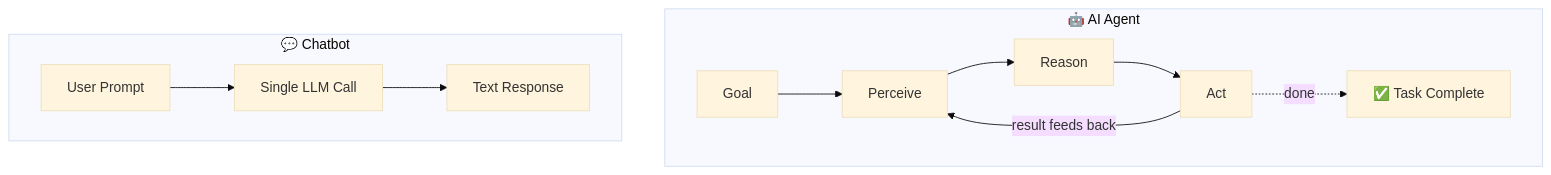
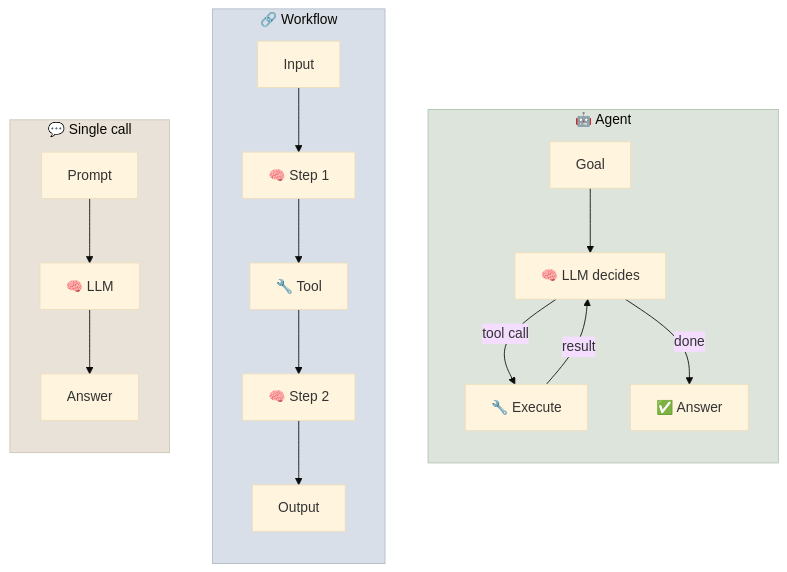
Before and after one commit to sundante/sun-course-genai: the first of 3 diagrams in src/content/12-Agent-Foundations/Notes/01-What-Are-AI-Agents.mdx, drawn with Mermaid (base theme). The commit also changed other lines of this file and 148 other files, not shown here.

````diff
--- a/src/content/12-Agent-Foundations/Notes/01-What-Are-AI-Agents.mdx
+++ b/src/content/12-Agent-Foundations/Notes/01-What-Are-AI-Agents.mdx
@@ -19,14 +38,20 @@
 ```mermaid
 flowchart LR
-    subgraph CB["💬 Chatbot"]
-        direction LR
-        U1["User Prompt"] --> L1["Single LLM Call"] --> T1["Text Response"]
+    subgraph L1["💬 Single call"]
+        A1["Prompt"] --> A2["🧠 LLM"] --> A3["Answer"]
     end
-    subgraph AG["🤖 AI Agent"]
-        direction LR
-        G["Goal"] --> P["Perceive"] --> R["Reason"] --> A["Act"]
-        A -->|result feeds back| P
-        A -.->|done| D["✅ Task Complete"]
+    subgraph L2["🔗 Workflow"]
+        B1["Input"] --> B2["🧠 Step 1"] --> B3["🔧 Tool"] --> B4["🧠 Step 2"] --> B5["Output"]
     end
-    CB ~~~ AG
+    subgraph L3["🤖 Agent"]
+        C1["Goal"] --> C2["🧠 LLM decides"]
+        C2 -->|"tool call"| C3["🔧 Execute"]
+        C3 -->|"result"| C2
+        C2 -->|"done"| C4["✅ Answer"]
+    end
+    L1 ~~~ L2 ~~~ L3
+
+    style L1 fill:#e8e2d9,stroke:#ccc4b8
+    style L2 fill:#d8dfe8,stroke:#b0bac8
+    style L3 fill:#dde4dc,stroke:#b0c4b0
 ```
````
